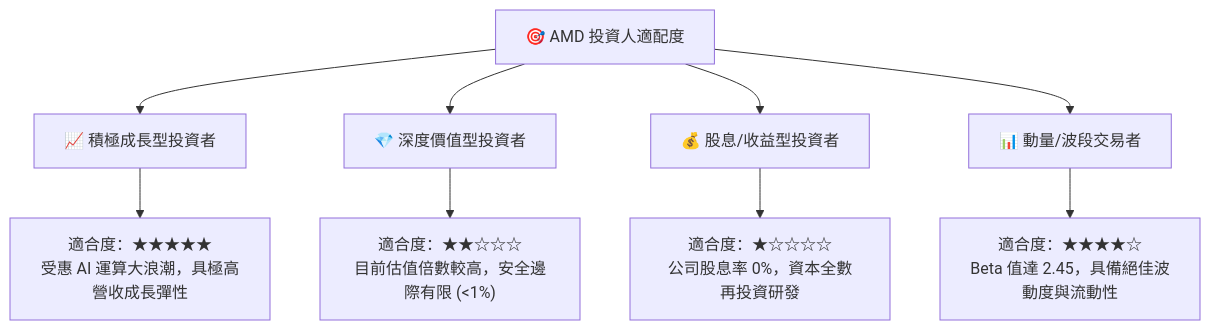
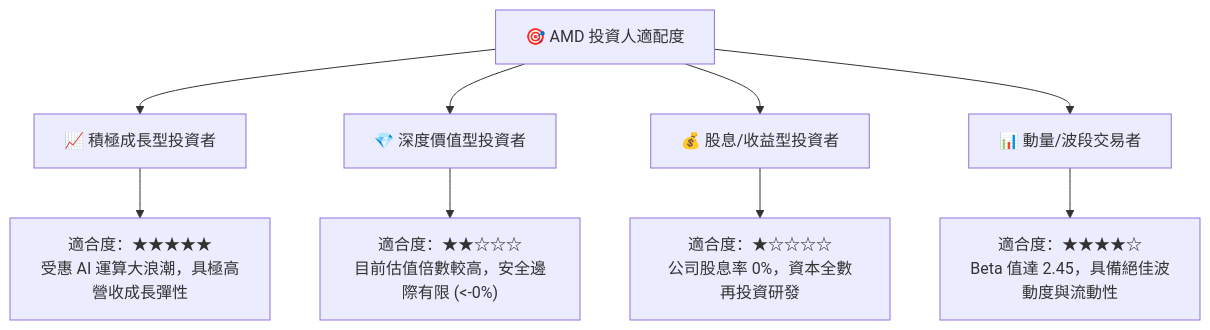
One commit to yennanliu/finance_data changed diagram 15 of 15 in ai_gen_report/fundamental/amd/fundamental_analysis_2026-10-16_gemini.md. Above: the diagram before and after it, drawn with Mermaid. The commit also changed other lines of this file and 339 other files, not shown here.

````diff
--- a/ai_gen_report/fundamental/amd/fundamental_analysis_2026-10-16_gemini.md
+++ b/ai_gen_report/fundamental/amd/fundamental_analysis_2026-10-16_gemini.md
@@ -1074,14 +1089,14 @@
 ```mermaid
 graph TD
     INV["🎯 AMD 投資人適配度"]
 
     INV --> G["📈 積極成長型投資者"]
     INV --> V["💎 深度價值型投資者"]
     INV --> D["💰 股息/收益型投資者"]
     INV --> T["📊 動量/波段交易者"]
 
     G --> G1["適合度：★★★★★<br/>受惠 AI 運算大浪潮，具極高營收成長彈性"]
-    V --> V1["適合度：★★☆☆☆<br/>目前估值倍數較高，安全邊際有限 (<1%)"]
+    V --> V1["適合度：★★☆☆☆<br/>目前估值倍數較高，安全邊際有限 (<-0%)"]
     D --> D1["適合度：★☆☆☆☆<br/>公司股息率 0%，資本全數再投資研發"]
     T --> T1["適合度：★★★★☆<br/>Beta 值達 2.45，具備絕佳波動度與流動性"]
 ```
````
